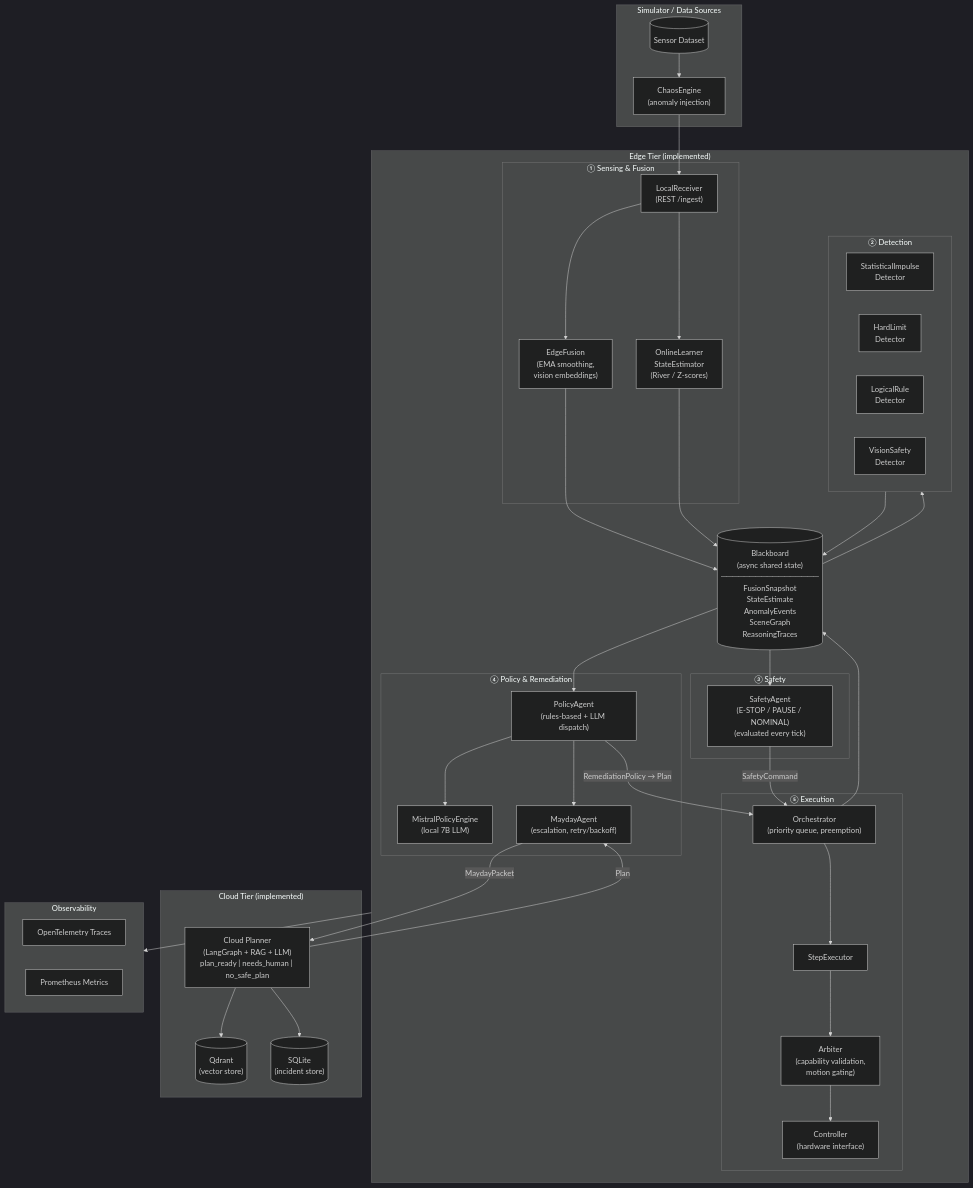
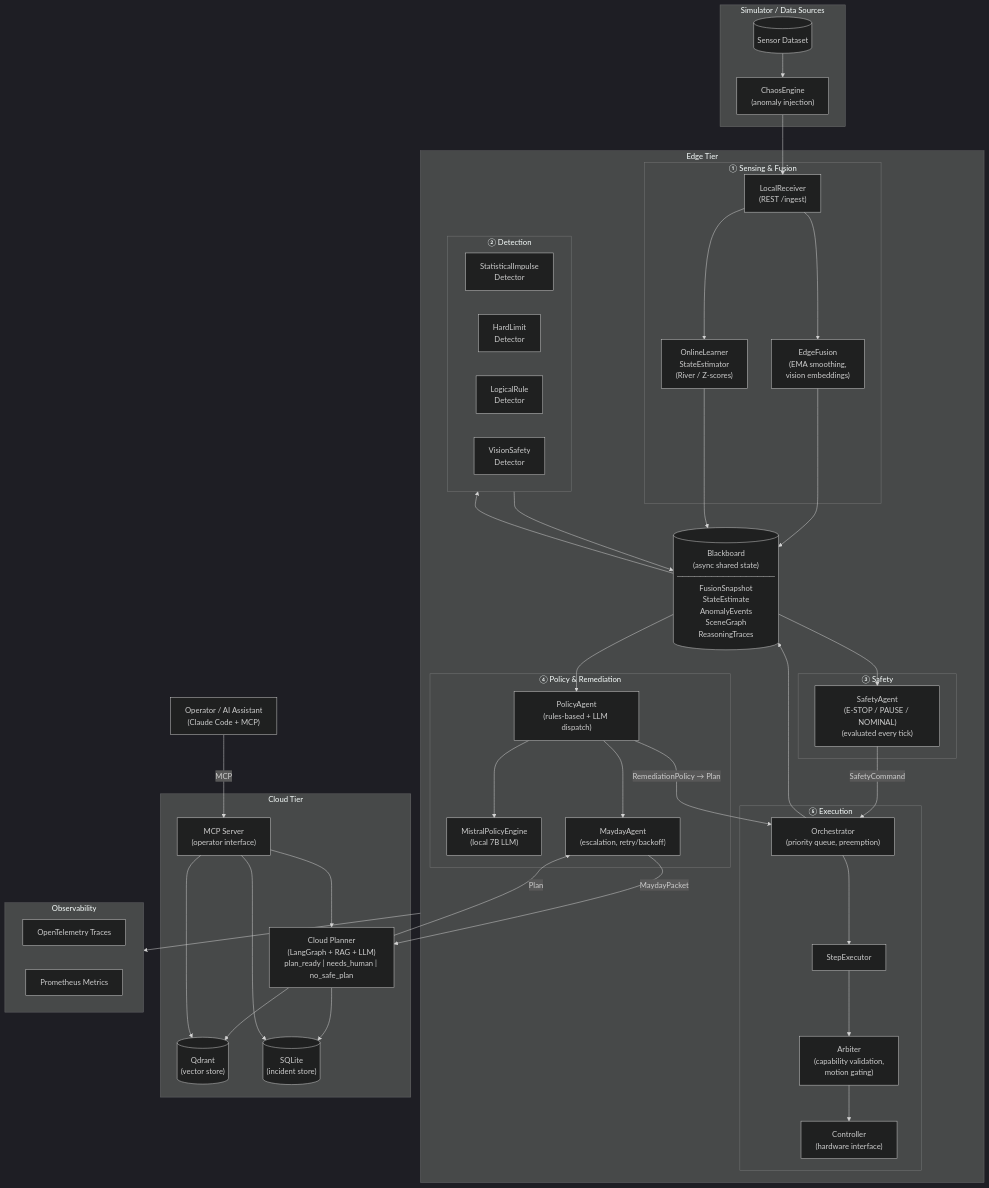
The diagram in README.md (anedelkos/cortexguard), drawn with Mermaid (dark theme) before and after one commit. The commit also changed other lines of this file and 45 other files, not shown here.

First line of the commit message:
feat(cloud): add MCP operator interface, RAG seeding

```diff
--- a/README.md
+++ b/README.md
@@ -40,7 +41,7 @@
         DS --> CE
     end
 
-    subgraph EDGE["Edge Tier (implemented)"]
+    subgraph EDGE["Edge Tier "]
 
         subgraph S1["① Sensing & Fusion"]
             RCV["LocalReceiver\n(REST /ingest)"]
@@ -93,13 +94,20 @@
         ORC --> BB
     end
 
-    subgraph CLOUD["Cloud Tier (implemented)"]
+    subgraph CLOUD["Cloud Tier "]
         CDA["Cloud Planner\n(LangGraph + RAG + LLM)\nplan_ready | needs_human | no_safe_plan"]
         QDR[("Qdrant\n(vector store)")]
         DB[("SQLite\n(incident store)")]
+        MCPS["MCP Server\n(operator interface)"]
         CDA --> QDR
         CDA --> DB
+        MCPS --> DB
+        MCPS --> QDR
+        MCPS --> CDA
     end
+
+    OP["Operator / AI Assistant\n(Claude Code + MCP)"]
+    OP -->|MCP| MCPS
 
     MA -->|MaydayPacket| CDA
     CDA -->|Plan| MA
```
